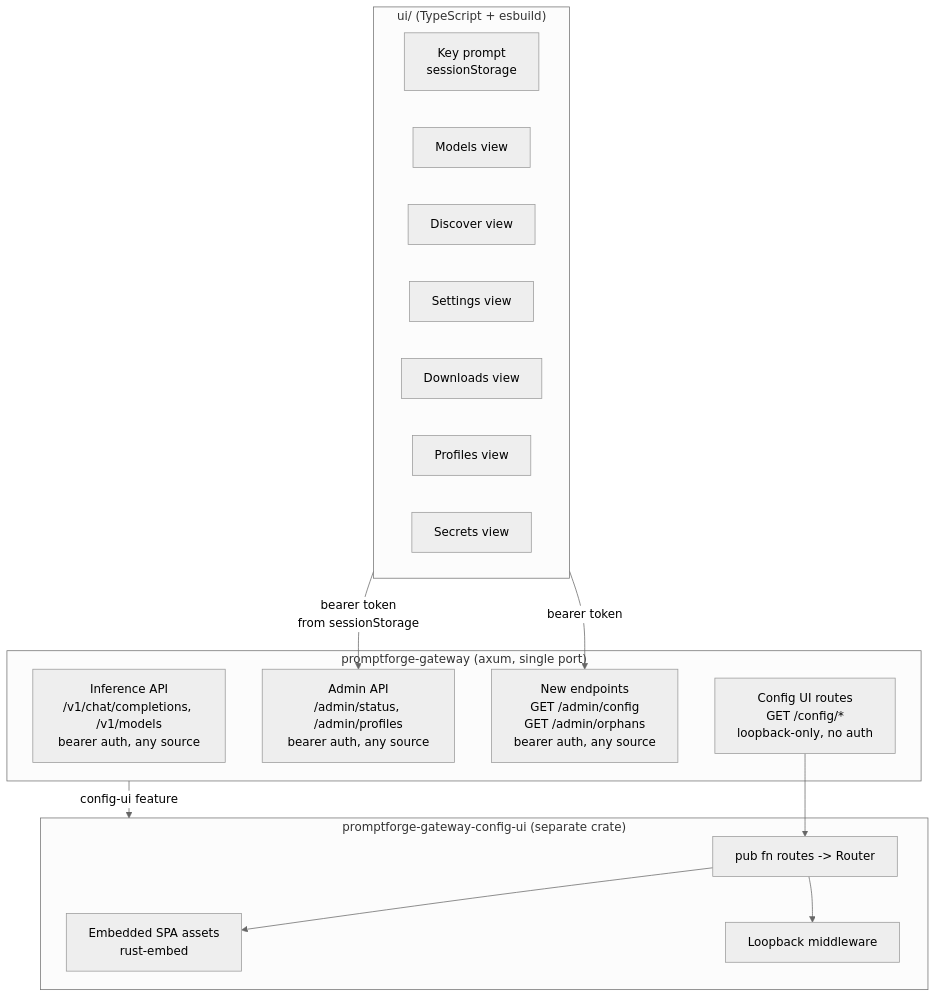
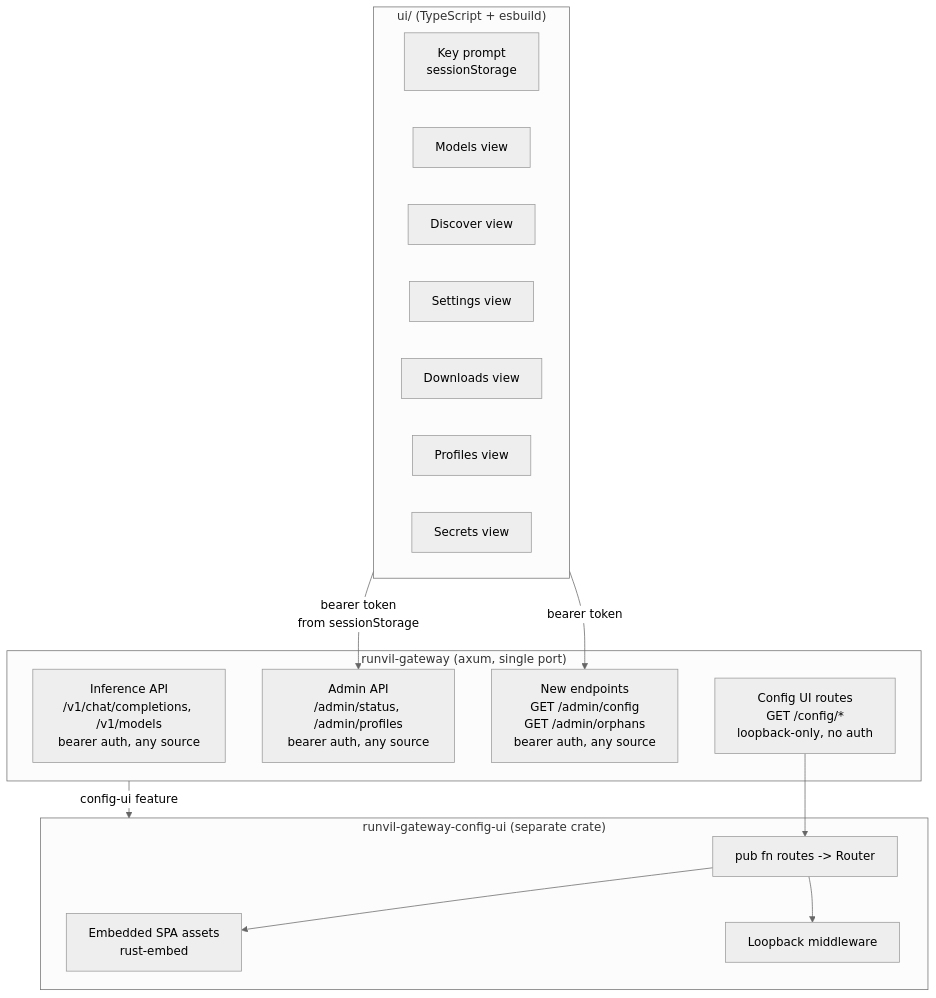
One commit to cppalliance/promptforge changed the diagram in vibe/2026-08/2026-08-29-5-gateway-config-spa.md. Above: the diagram before and after it, drawn with Mermaid (neutral theme). The commit also changed other lines of this file and 1573 other files, not shown here.

````diff
--- a/vibe/2026-08/2026-08-29-5-gateway-config-spa.md
+++ b/vibe/2026-08/2026-08-29-5-gateway-config-spa.md
@@ -112,29 +112,29 @@
 ```mermaid
 graph TD
-  subgraph gateway ["promptforge-gateway (axum, single port)"]
+  subgraph gateway ["runvil-gateway (axum, single port)"]
     InferenceAPI["Inference API<br>/v1/chat/completions, /v1/models<br>bearer auth, any source"]
     AdminAPI["Admin API<br>/admin/status, /admin/profiles<br>bearer auth, any source"]
     NewEndpoints["New endpoints<br>GET /admin/config<br>GET /admin/orphans<br>bearer auth, any source"]
     ConfigRoutes["Config UI routes<br>GET /config/*<br>loopback-only, no auth"]
   end
-  subgraph configUICrate ["promptforge-gateway-config-ui (separate crate)"]
+  subgraph configUICrate ["runvil-gateway-config-ui (separate crate)"]
     EmbeddedSPA["Embedded SPA assets<br>rust-embed"]
     LoopbackMW["Loopback middleware"]
     RoutesExport["pub fn routes -> Router"]
   end
   subgraph spa ["ui/ (TypeScript + esbuild)"]
     KeyPrompt["Key prompt<br>sessionStorage"]
     Models["Models view"]
     Discover["Discover view"]
     Settings["Settings view"]
     Downloads["Downloads view"]
     Profiles["Profiles view"]
     Secrets["Secrets view"]
   end
   gateway -->|"config-ui feature"| configUICrate
   ConfigRoutes --> RoutesExport
   RoutesExport --> EmbeddedSPA
   RoutesExport --> LoopbackMW
   spa -->|"bearer token<br>from sessionStorage"| AdminAPI
   spa -->|"bearer token"| NewEndpoints
 ```
````
